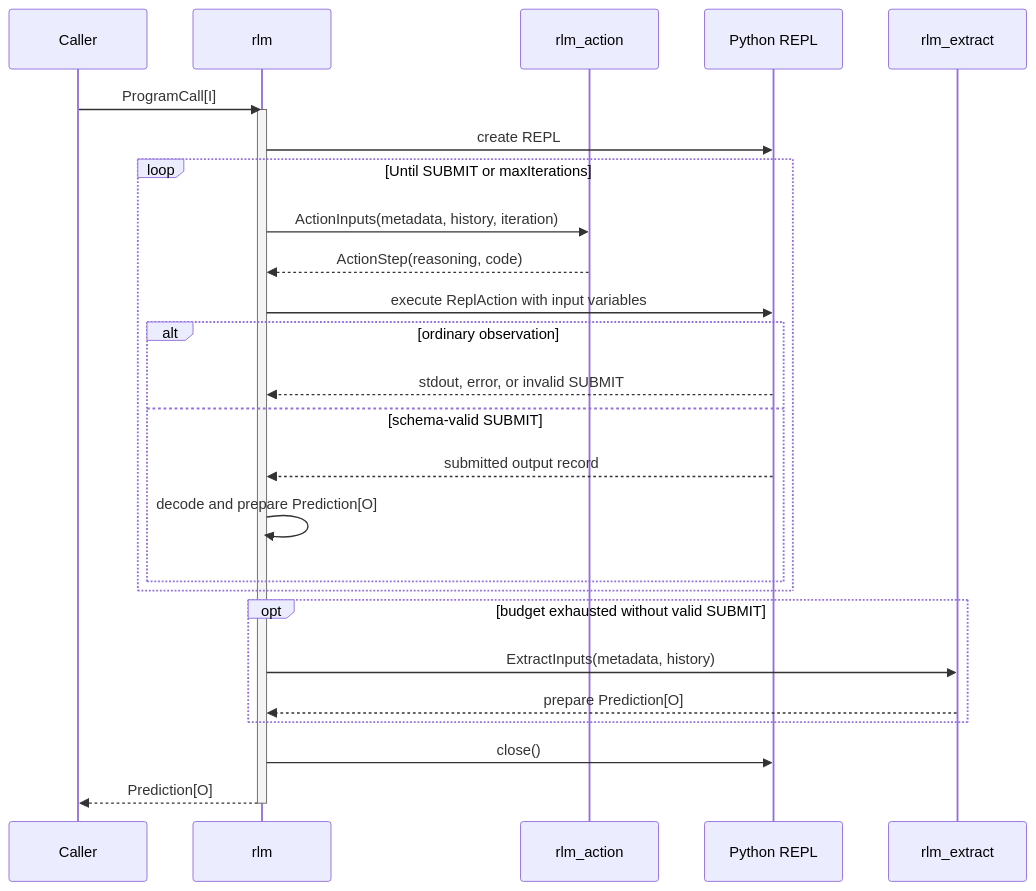
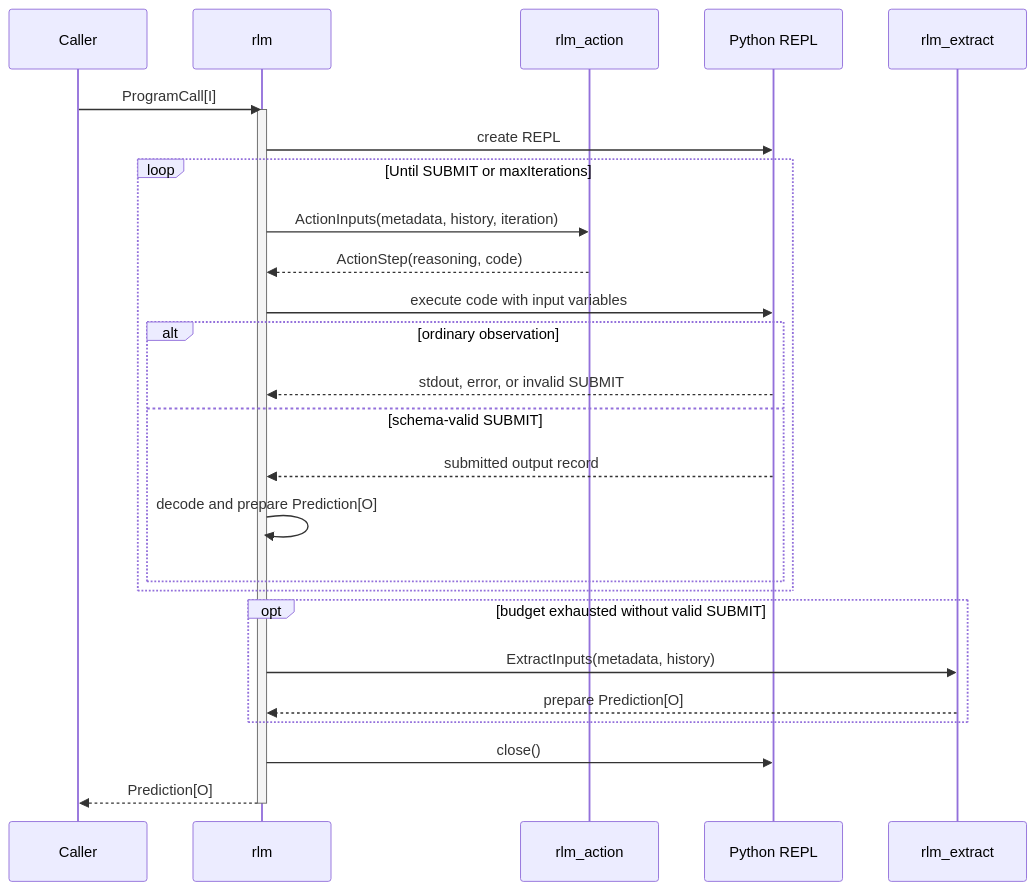
Before and after one commit to jpablo/dspy4s: the second of 6 diagrams in modules/programs/src/main/scala/dspy4s/programs/strategies/RLM.md, drawn with Mermaid. The commit also changed other lines of this file and 634 other files, not shown here.

````diff
--- a/modules/programs/src/main/scala/dspy4s/programs/strategies/RLM.md
+++ b/modules/programs/src/main/scala/dspy4s/programs/strategies/RLM.md
@@ -162,30 +158,30 @@
 ```mermaid
 sequenceDiagram
     participant Caller
     participant R as rlm
     participant A as rlm_action
     participant P as Python REPL
     participant E as rlm_extract
 
     Caller->>R: ProgramCall[I]
     activate R
     R->>P: create REPL
     loop Until SUBMIT or maxIterations
         R->>A: ActionInputs(metadata, history, iteration)
         A-->>R: ActionStep(reasoning, code)
-        R->>P: execute ReplAction with input variables
+        R->>P: execute code with input variables
         alt ordinary observation
             P-->>R: stdout, error, or invalid SUBMIT
         else schema-valid SUBMIT
             P-->>R: submitted output record
             R->>R: decode and prepare Prediction[O]
         end
     end
     opt budget exhausted without valid SUBMIT
         R->>E: ExtractInputs(metadata, history)
         E-->>R: prepare Prediction[O]
     end
     R->>P: close()
     R-->>Caller: Prediction[O]
     deactivate R
 ```
````
